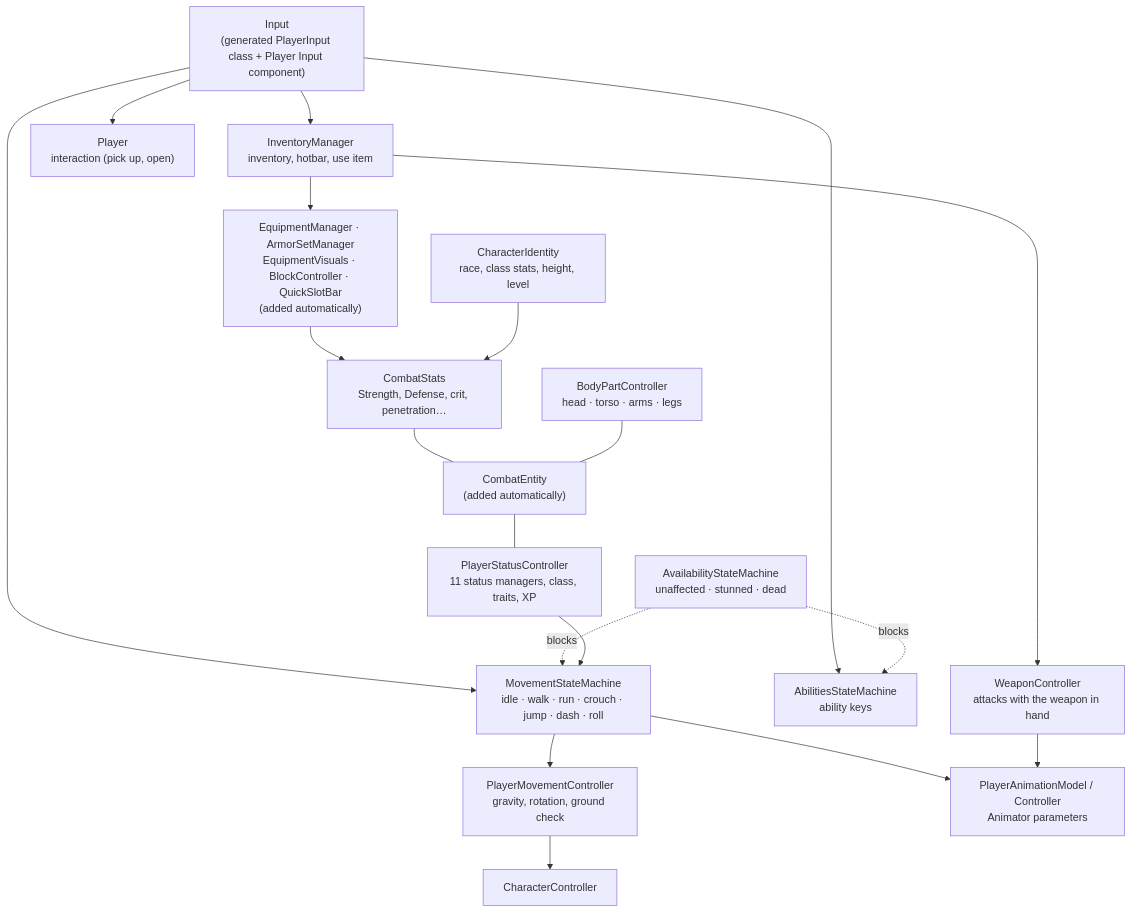
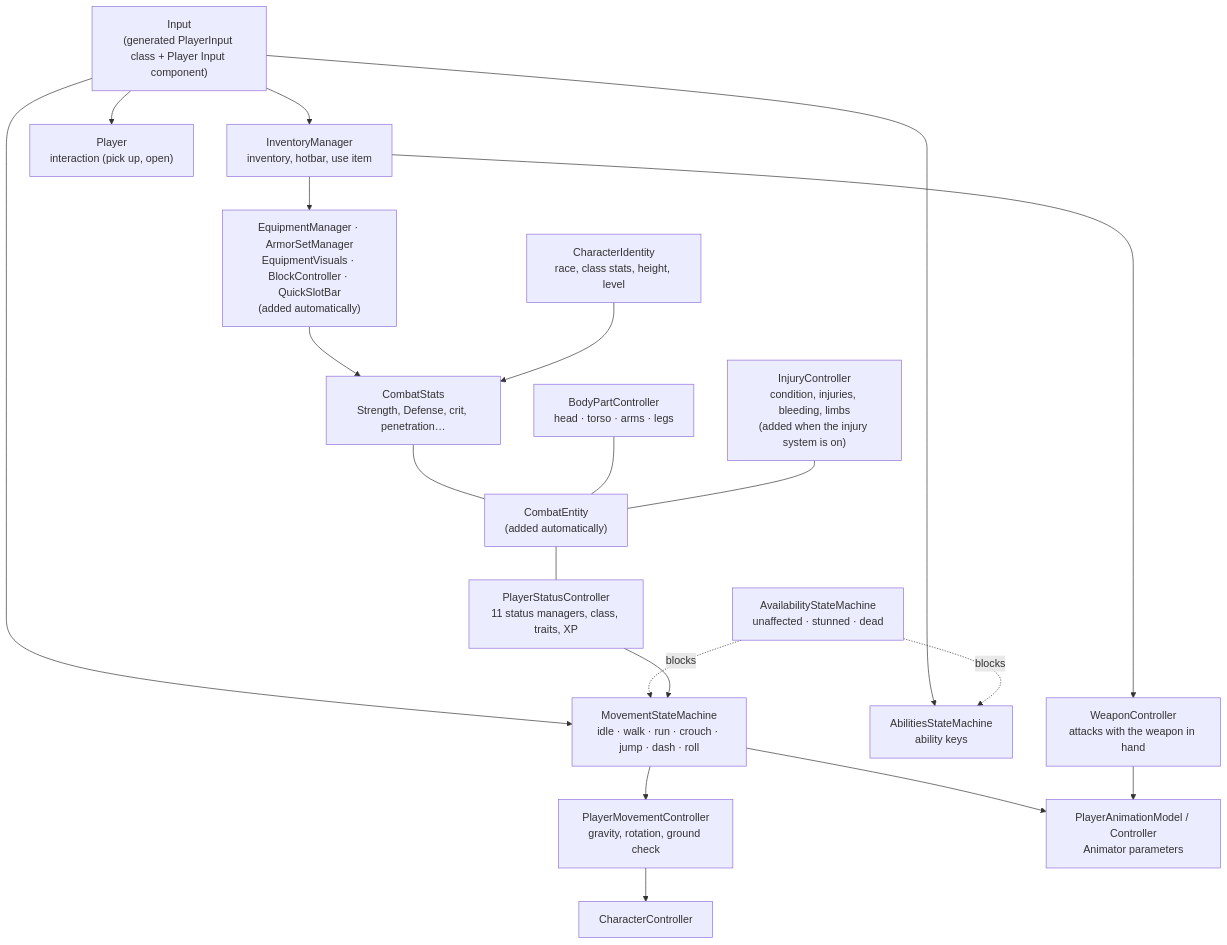
Before and after one commit to Kaynan-Jamelaumn/SimpleMovementsUnityPackage: the diagram in Documentation/Player/README.md, drawn with Mermaid. The commit also changed other lines of this file and 190 other files, not shown here.

First line of the commit message:
Added Injury system, Card Minigames, Default creatable items, Fixed attack preview

````diff
--- a/Documentation/Player/README.md
+++ b/Documentation/Player/README.md
@@ -24,21 +26,22 @@
 ```mermaid
 flowchart TB
     IN["Input<br/>(generated PlayerInput class + Player Input component)"] --> MSM["MovementStateMachine<br/>idle · walk · run · crouch · jump · dash · roll"]
     IN --> ASM["AbilitiesStateMachine<br/>ability keys"]
     IN --> INV["InventoryManager<br/>inventory, hotbar, use item"]
     IN --> PL["Player<br/>interaction (pick up, open)"]
     MSM --> MC["PlayerMovementController<br/>gravity, rotation, ground check"]
     MC --> CC["CharacterController"]
     AV["AvailabilityStateMachine<br/>unaffected · stunned · dead"] -. blocks .-> MSM
     AV -. blocks .-> ASM
     PSC["PlayerStatusController<br/>11 status managers, class, traits, XP"] --> MSM
     INV --> WC["WeaponController<br/>attacks with the weapon in hand"]
     MSM --> ANIM["PlayerAnimationModel / Controller<br/>Animator parameters"]
     WC --> ANIM
     CE["CombatEntity<br/>(added automatically)"] --- PSC
     INV --> EQ["EquipmentManager · ArmorSetManager<br/>EquipmentVisuals · BlockController · QuickSlotBar<br/>(added automatically)"]
     EQ --> CS["CombatStats<br/>Strength, Defense, crit, penetration…"]
     ID["CharacterIdentity<br/>race, class stats, height, level"] --> CS
     CS --- CE
     BP["BodyPartController<br/>head · torso · arms · legs"] --- CE
+    IJ["InjuryController<br/>condition, injuries, bleeding, limbs<br/>(added when the injury system is on)"] --- CE
 ```
````
